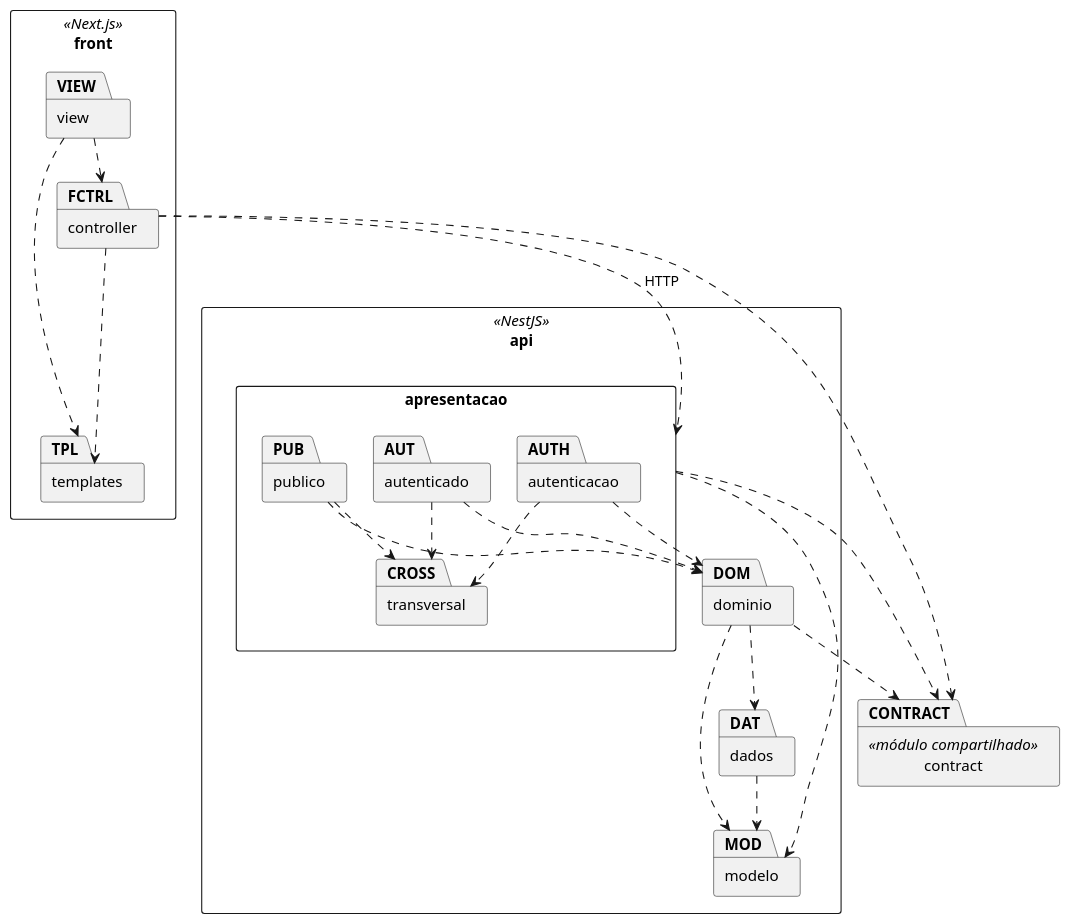
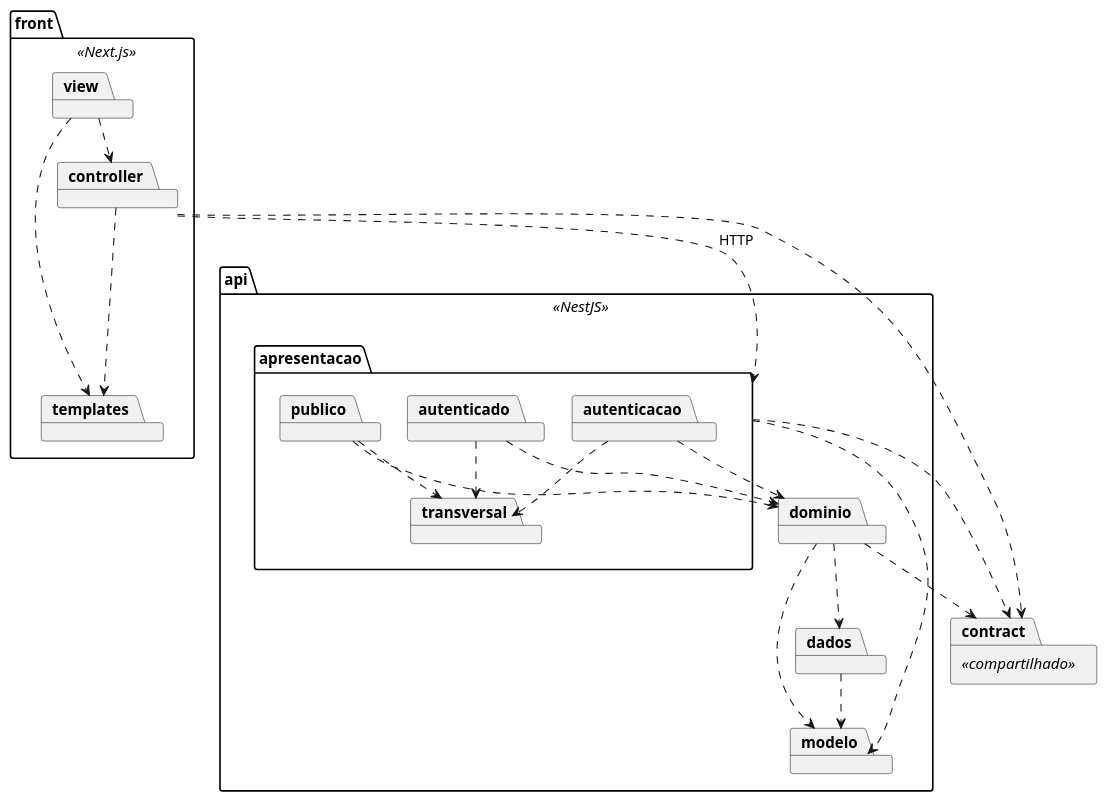
The diagram in docs/.attachments/diagrama-de-pacotes.puml (tcpassos/invite-app), drawn with PlantUML before and after one commit. The commit also changed 2 other files, not shown here.

Commit message:
docs: diagrama de pacotes e seção 5 do DAS

```diff
--- a/docs/.attachments/diagrama-de-pacotes.puml
+++ b/docs/.attachments/diagrama-de-pacotes.puml
@@ -1,63 +1,61 @@
 @startuml diagrama-de-pacotes
 ' Fonte do Diagrama de Pacotes da Sprint 3, task #100 do Azure Boards.
 ' Gera o PNG sem instalar nada além do Docker, a partir da pasta onde este arquivo está:
 '   docker run --rm -v "<caminho>:/data" plantuml/plantuml -tpng /data/diagrama-de-pacotes.puml
 ' No Windows, <caminho> é o caminho absoluto da pasta, por exemplo D:\invite-app\docs\.attachments
 ' As três camadas vêm do ADR-0001 e os dois pacotes da Apresentação da seção 5.3 do Guia.
+' O pacote modelo é irmão de dominio e dados, e não filho, para não criar ciclo.
 ' O diagrama traz rótulo, não explicação. A leitura fica na seção 5.1 do DAS.
 
 skinparam shadowing false
 skinparam monochrome true
 skinparam defaultTextAlignment center
 skinparam nodesep 25
 skinparam ranksep 40
-skinparam packageStyle rectangle
 
-package "front" <<Next.js>> as FRONT {
-  package "view" as VIEW
-  package "controller" as FCTRL
-  package "templates" as TPL
+package front <<Next.js>> {
+  package view
+  package controller
+  package templates
 }
 
-package "contract" <<módulo compartilhado>> as CONTRACT
+package contract <<compartilhado>>
 
-package "api" <<NestJS>> as API {
+package api <<NestJS>> {
 
-  package "apresentacao" as APRES {
-    package "publico" as PUB
-    package "autenticado" as AUT
-    package "autenticacao" as AUTH
-    package "transversal" as CROSS
+  package apresentacao {
+    package publico
+    package autenticado
+    package autenticacao
+    package transversal
   }
 
-  package "dominio" as DOM
-
-  package "dados" as DAT
-
-  package "modelo" as MOD
+  package dominio
+  package dados
+  package modelo
 }
 
-VIEW ..> FCTRL
-FCTRL ..> TPL
-VIEW ..> TPL
-FCTRL ..> CONTRACT
+view ..> controller
+view ..> templates
+controller ..> templates
+controller ..> contract
 
-PUB ..> CROSS
-AUT ..> CROSS
-AUTH ..> CROSS
+publico ..> transversal
+autenticado ..> transversal
+autenticacao ..> transversal
 
-PUB ..> DOM
-AUT ..> DOM
-AUTH ..> DOM
+publico ..> dominio
+autenticado ..> dominio
+autenticacao ..> dominio
 
-APRES ..> CONTRACT
-DOM ..> CONTRACT
+apresentacao ..> contract
+dominio ..> contract
 
-DOM ..> DAT
-DOM ..> MOD
-DAT ..> MOD
-APRES ..> MOD
+dominio ..> dados
+dominio ..> modelo
+dados ..> modelo
+apresentacao ..> modelo
 
-FCTRL ..> APRES : HTTP
+controller ..> apresentacao : HTTP
 
 @enduml
```
